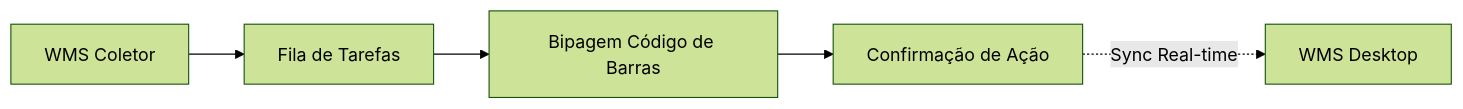
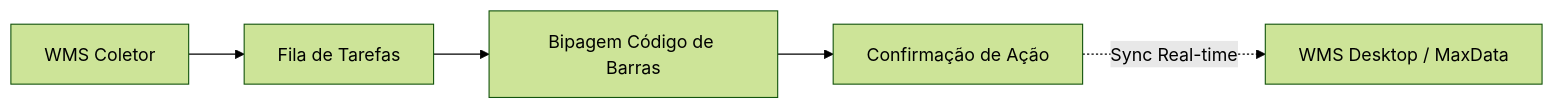
One commit to parreirapaulohenrique-hash/parreirasistemas changed the fifth of 6 diagrams in platform/NOVO_AGENTE.md. Above: the diagram before and after it, drawn with Mermaid (forest theme). The commit also changed other lines of this file, not shown here.

````diff
--- a/platform/NOVO_AGENTE.md
+++ b/platform/NOVO_AGENTE.md
@@ -168,7 +148,7 @@
 ```mermaid
 graph LR
     Col[WMS Coletor] --> Task[Fila de Tarefas]
     Task --> Bip[Bipagem Código de Barras]
     Bip --> Conf[Confirmação de Ação]
-    Conf -.->|Sync Real-time| WMS[WMS Desktop]
+    Conf -.->|Sync Real-time| WMS[WMS Desktop / MaxData]
 ```
````
